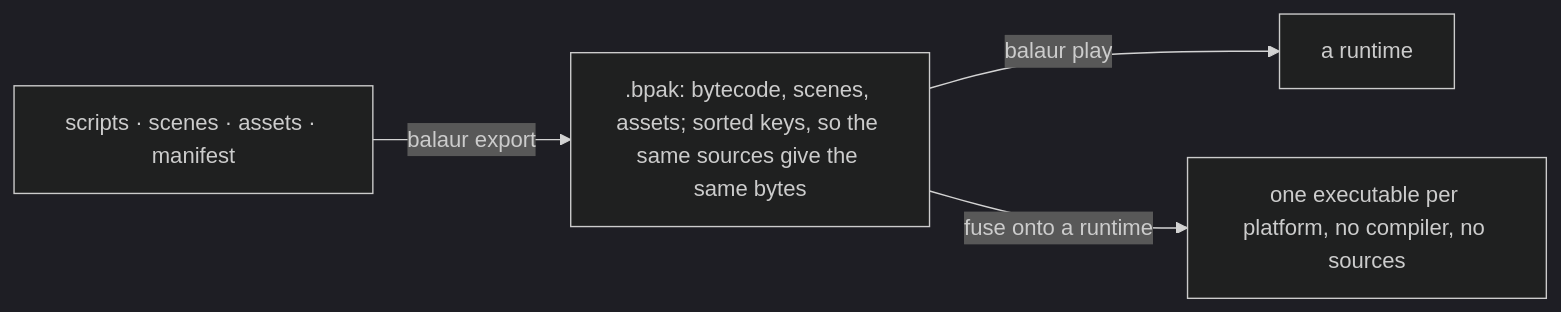
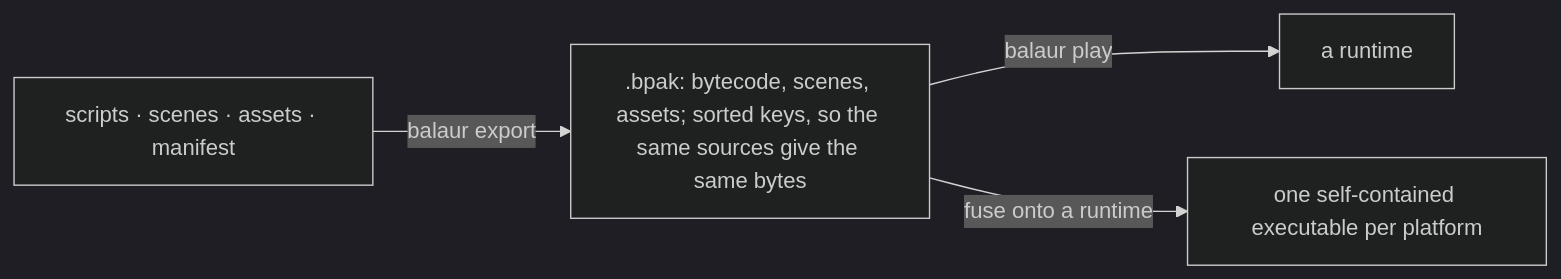
Before and after one commit to balaurengine/balaur-website: the diagram in docs/manual/shipping.mdx, drawn with Mermaid (dark theme). The commit also changed other lines of this file and 26 other files, not shown here.

````diff
--- a/docs/manual/shipping.mdx
+++ b/docs/manual/shipping.mdx
@@ -14,6 +14,6 @@
 ```mermaid
 flowchart LR
   A["scripts · scenes · assets · manifest"] -->|"balaur export"| B[".bpak: bytecode, scenes, assets; sorted keys, so the same sources give the same bytes"]
   B -->|"balaur play"| C["a runtime"]
-  B -->|"fuse onto a runtime"| D["one executable per platform, no compiler, no sources"]
+  B -->|"fuse onto a runtime"| D["one self-contained executable per platform"]
 ```
````
